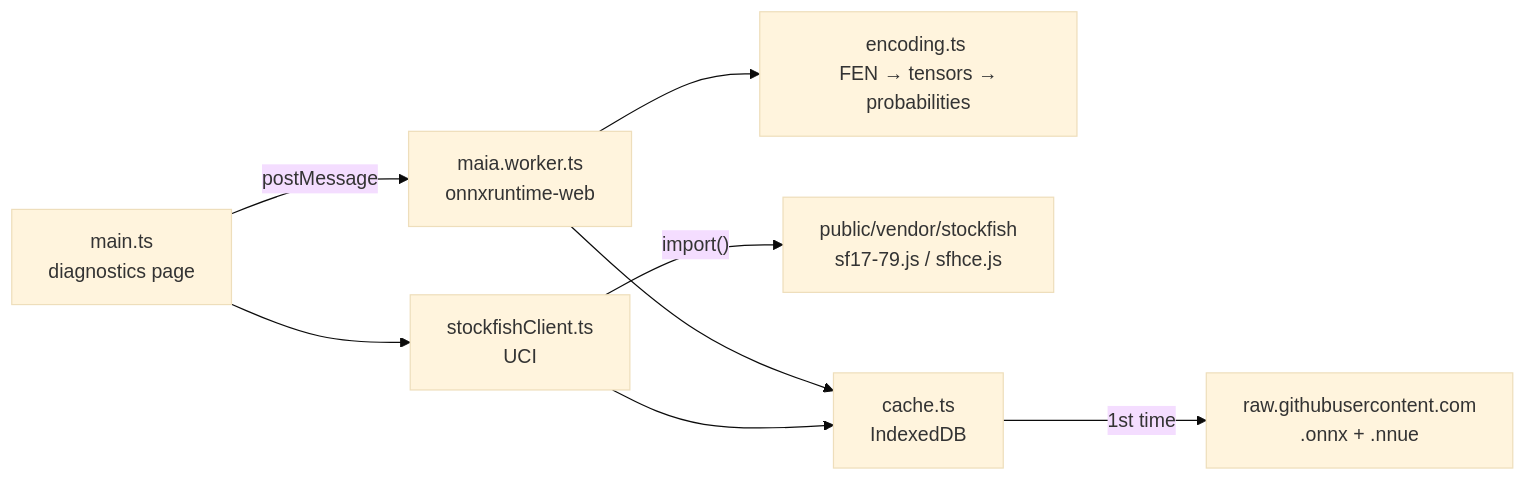
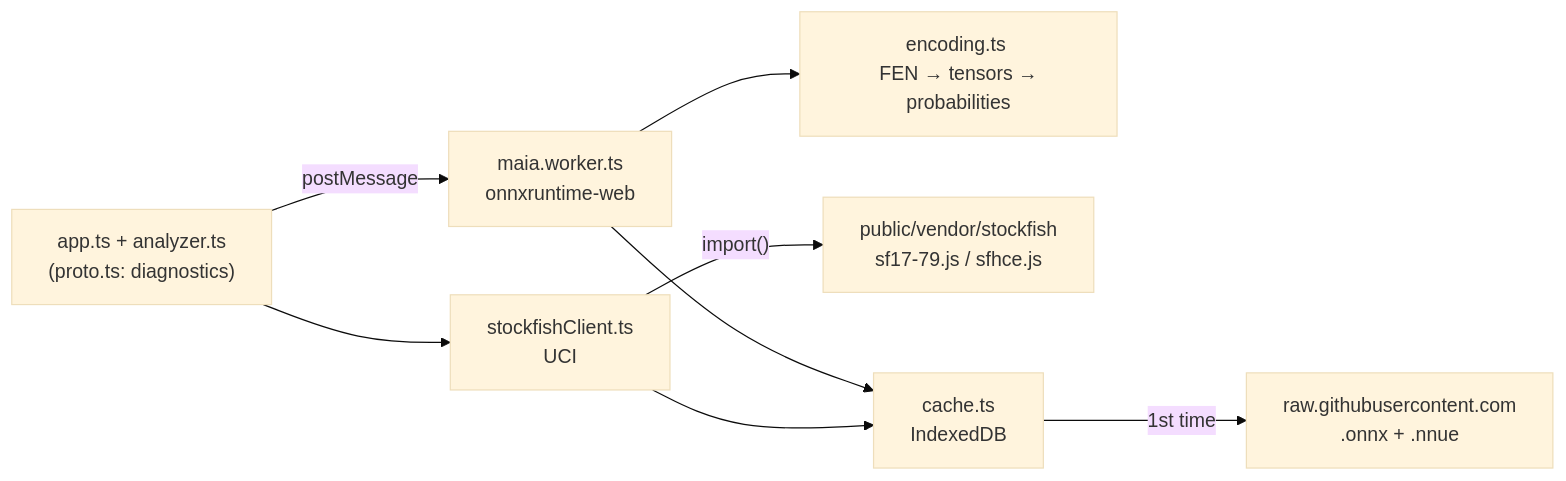
Before and after one commit to jlcuadros/jquads: the diagram in docs/ARCHITECTURE.md, drawn with Mermaid (base theme). The commit also changed other lines of this file, not shown here.

````diff
--- a/docs/ARCHITECTURE.md
+++ b/docs/ARCHITECTURE.md
@@ -22,10 +22,10 @@
 ```mermaid
 flowchart LR
-  UI["main.ts <br> diagnostics page"] -->|"postMessage"| W["maia.worker.ts <br> onnxruntime-web"]
+  UI["app.ts + analyzer.ts <br> (proto.ts: diagnostics)"] -->|"postMessage"| W["maia.worker.ts <br> onnxruntime-web"]
   W --> E["encoding.ts <br> FEN → tensors → probabilities"]
   UI --> SF["stockfishClient.ts <br> UCI"]
   SF -->|"import()"| V["public/vendor/stockfish <br> sf17-79.js / sfhce.js"]
   W --> C["cache.ts <br> IndexedDB"]
   SF --> C
   C -->|"1st time"| GH["raw.githubusercontent.com <br> .onnx + .nnue"]
 ```
````
